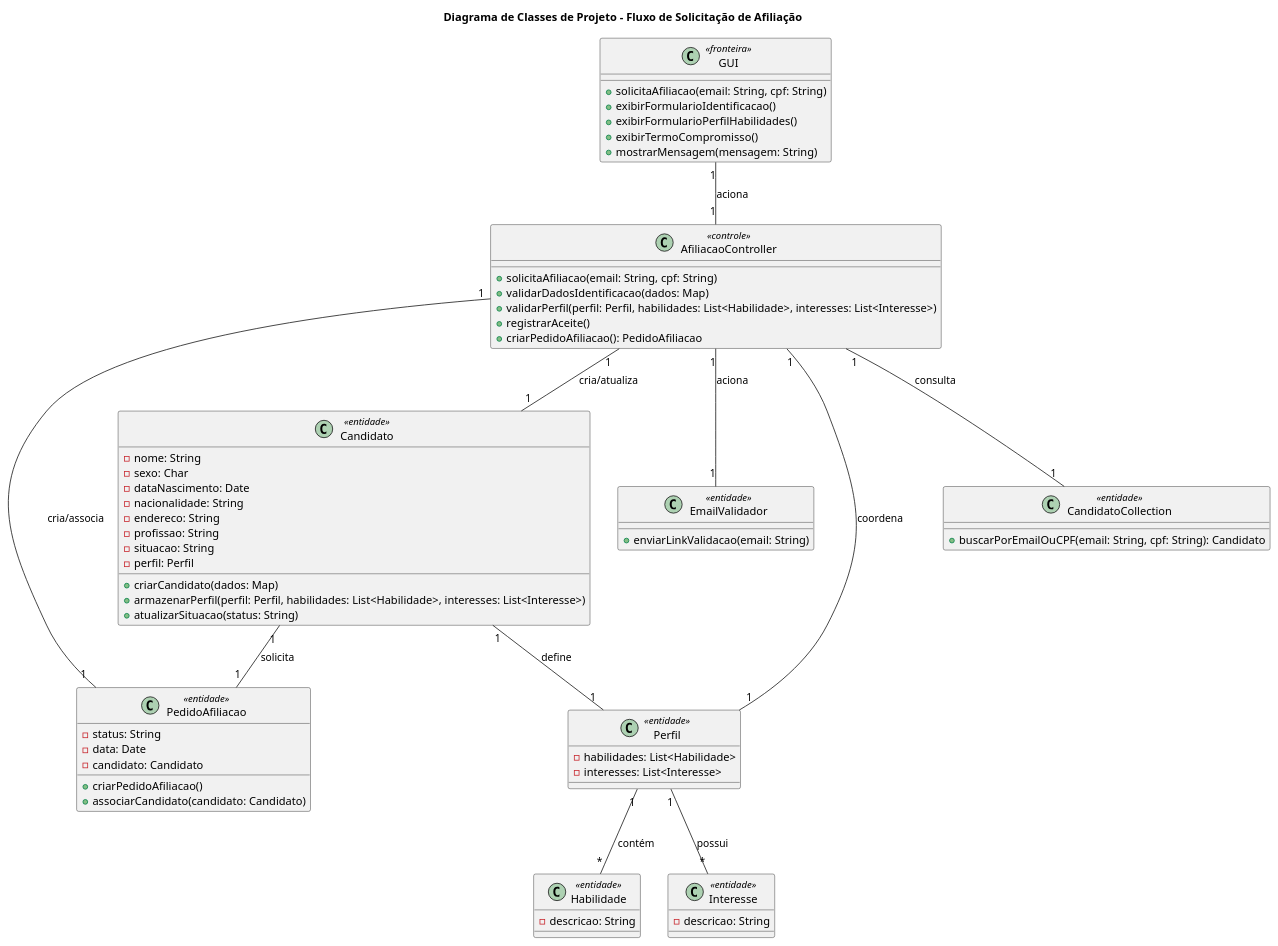
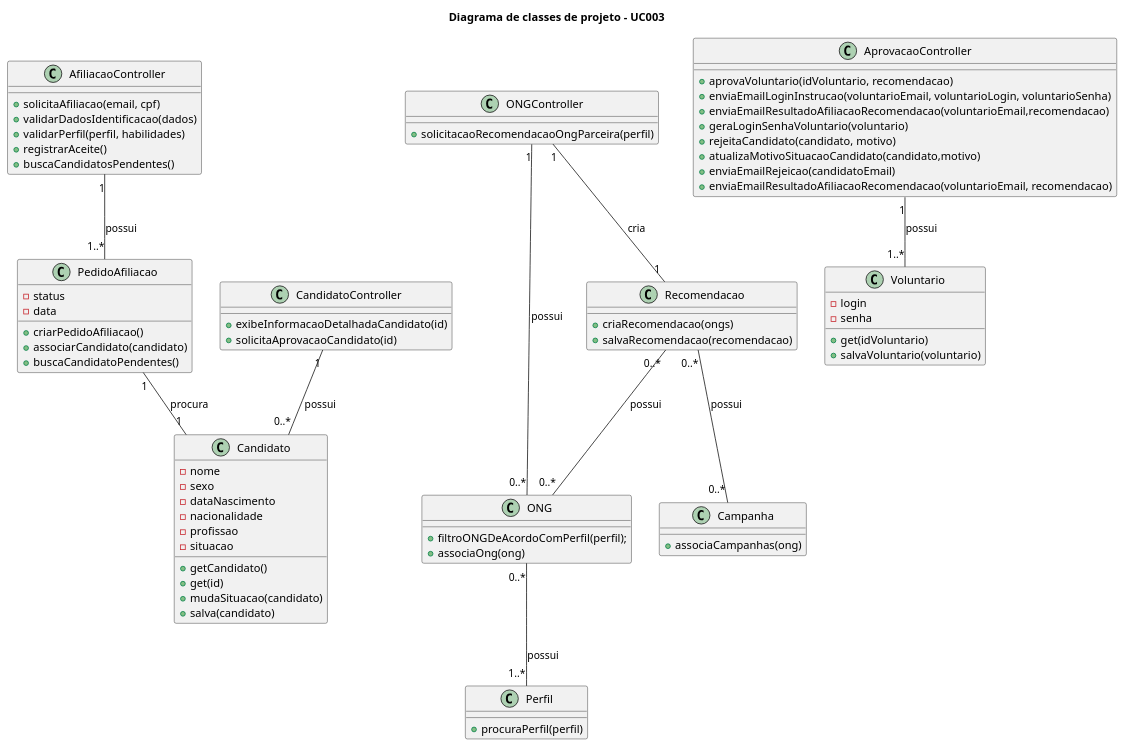
One commit to guisgiacomini/redeMaisSocialProjetoSoftware changed the diagram in diagrama-de-classes-projeto/classes-projeto-uc03.puml. Above: the diagram before and after it, drawn with PlantUML.

```diff
--- a/diagrama-de-classes-projeto/classes-projeto-uc03.puml
+++ b/diagrama-de-classes-projeto/classes-projeto-uc03.puml
@@ -2,84 +1,98 @@
 @startuml
-title Diagrama de Classes de Projeto – Fluxo de Solicitação de Afiliação
+
+title Diagrama de classes de projeto - UC003
+
+' Primeira Etapa
+
+class AfiliacaoController {
+    +solicitaAfiliacao(email, cpf)
+    +validarDadosIdentificacao(dados)
+    +validarPerfil(perfil, habilidades)
+    +registrarAceite()
+    +buscaCandidatosPendentes()
+}
+
+class PedidoAfiliacao {
+    -status
+    -data
+    +criarPedidoAfiliacao()
+    +associarCandidato(candidato)
+    +buscaCandidatoPendentes()
+
+}
+
+class Candidato {
+    -nome
+    -sexo
+    -dataNascimento
+    -nacionalidade
+    -profissao
+    -situacao
+    +getCandidato()
+    +get(id)
+    +mudaSituacao(candidato)
+    +salva(candidato)
+}
+
+AfiliacaoController "1" -- "1..*" PedidoAfiliacao: possui
+PedidoAfiliacao "1" -- "1" Candidato: procura
+
+class CandidatoController {
+    +exibeInformacaoDetalhadaCandidato(id)
+    +solicitaAprovacaoCandidato(id)
+}
+
+CandidatoController "1" -- "0..*" Candidato: possui
+
+class ONGController {
+    +solicitacaoRecomendacaoOngParceira(perfil)
+}
+
+class ONG {
+    +filtroONGDeAcordoComPerfil(perfil);
+    +associaOng(ong)
+}
+
+class Perfil {
+    +procuraPerfil(perfil)
+}
 
 
-' ======= CAMADA DE FRONTEIRA =======
+ONGController "1" -- "0..*" ONG: possui
+ONG "0..*" -- "1..*" Perfil: possui
 
-class GUI <<fronteira>> {
-    +solicitaAfiliacao(email: String, cpf: String)
-    +exibirFormularioIdentificacao()
-    +exibirFormularioPerfilHabilidades()
-    +exibirTermoCompromisso()
-    +mostrarMensagem(mensagem: String)
+class Recomendacao {
+    +criaRecomendacao(ongs)
+    +salvaRecomendacao(recomendacao)
 }
 
-' ======= CAMADA DE CONTROLE =======
-
-class AfiliacaoController <<controle>> {
-    +solicitaAfiliacao(email: String, cpf: String)
-    +validarDadosIdentificacao(dados: Map)
-    +validarPerfil(perfil: Perfil, habilidades: List<Habilidade>, interesses: List<Interesse>)
-    +registrarAceite()
-    +criarPedidoAfiliacao(): PedidoAfiliacao
+class Campanha {
+    +associaCampanhas(ong)
 }
 
-' ======= CAMADA DE ENTIDADES =======
 
-class Candidato <<entidade>> {
-    -nome: String
-    -sexo: Char
-    -dataNascimento: Date
-    -nacionalidade: String
-    -endereco: String
-    -profissao: String
-    -situacao: String
-    -perfil: Perfil
-    +criarCandidato(dados: Map)
-    +armazenarPerfil(perfil: Perfil, habilidades: List<Habilidade>, interesses: List<Interesse>)
-    +atualizarSituacao(status: String)
+ONGController "1" -- "1" Recomendacao: cria
+Recomendacao "0..*" -- "0..*" ONG: possui
+Recomendacao "0..*" -- "0..*" Campanha: possui
+
+class AprovacaoController {
+    +aprovaVoluntario(idVoluntario, recomendacao)
+    +enviaEmailLoginInstrucao(voluntarioEmail, voluntarioLogin, voluntarioSenha)
+    +enviaEmailResultadoAfiliacaoRecomendacao(voluntarioEmail,recomendacao)
+    +geraLoginSenhaVoluntario(voluntario)
+    +rejeitaCandidato(candidato, motivo)
+    +atualizaMotivoSituacaoCandidato(candidato,motivo)
+    +enviaEmailRejeicao(candidatoEmail)
+    +enviaEmailResultadoAfiliacaoRecomendacao(voluntarioEmail, recomendacao)
 }
 
-class PedidoAfiliacao <<entidade>> {
-    -status: String
-    -data: Date
-    -candidato: Candidato
-    +criarPedidoAfiliacao()
-    +associarCandidato(candidato: Candidato)
+class Voluntario {
+    -login
+    -senha
+    +get(idVoluntario)
+    +salvaVoluntario(voluntario)
 }
 
-class EmailValidador <<entidade>> {
-    +enviarLinkValidacao(email: String)
-}
-
-class Perfil <<entidade>> {
-    -habilidades: List<Habilidade>
-    -interesses: List<Interesse>
-}
-
-class Habilidade <<entidade>> {
-    -descricao: String
-}
-
-class Interesse <<entidade>> {
-    -descricao: String
-}
-
-class CandidatoCollection <<entidade>> {
-    +buscarPorEmailOuCPF(email: String, cpf: String): Candidato
-}
-
-' ======= RELACIONAMENTOS =======
-
-GUI "1" -- "1" AfiliacaoController : aciona
-AfiliacaoController "1" -- "1" CandidatoCollection : consulta
-AfiliacaoController "1" -- "1" PedidoAfiliacao : cria/associa
-AfiliacaoController "1" -- "1" Candidato : cria/atualiza
-AfiliacaoController "1" -- "1" EmailValidador : aciona
-AfiliacaoController "1" -- "1" Perfil : coordena
-
-Candidato "1" -- "1" PedidoAfiliacao : solicita
-Candidato "1" -- "1" Perfil : define
-Perfil "1" -- "*" Habilidade : contém
-Perfil "1" -- "*" Interesse : possui
+AprovacaoController "1" -- "1..*" Voluntario: possui
 
 @enduml
```
